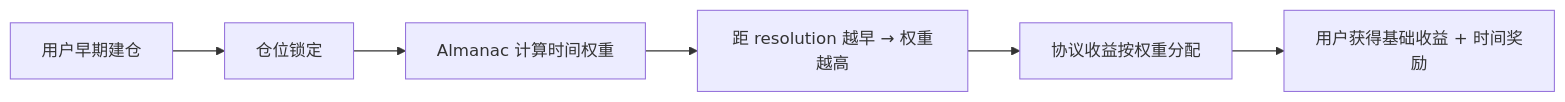
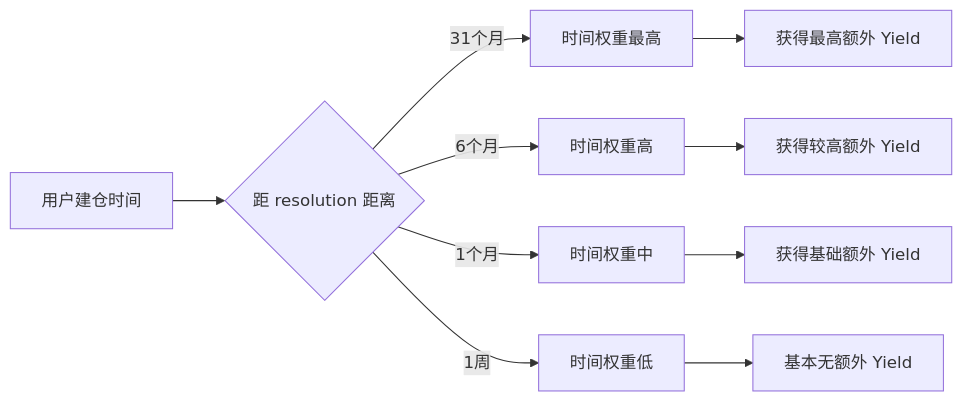
The third of 5 diagrams in research/33_almanac/analysis.md (survivorff/polymarket_research), drawn with Mermaid before and after one commit. The commit also changed other lines of this file and 10 other files, not shown here.

First line of the commit message:
深度补充11个平台分析报告：实测数据、完整UX路径、Mermaid流程图

````diff
--- a/research/33_almanac/analysis.md
+++ b/research/33_almanac/analysis.md
@@ -51,8 +74,12 @@
 ```mermaid
 flowchart LR
-    A[用户早期建仓] --> B[仓位锁定]
-    B --> C[Almanac 计算时间权重]
-    C --> D[距 resolution 越早 → 权重越高]
-    D --> E[协议收益按权重分配]
-    E --> F[用户获得基础收益 + 时间奖励]
+    A[用户建仓时间] --> B{距 resolution 距离}
+    B -->|31个月| C[时间权重最高]
+    B -->|6个月| D[时间权重高]
+    B -->|1个月| E[时间权重中]
+    B -->|1周| F[时间权重低]
+    C --> G[获得最高额外 Yield]
+    D --> H[获得较高额外 Yield]
+    E --> I[获得基础额外 Yield]
+    F --> J[基本无额外 Yield]
 ```
````
